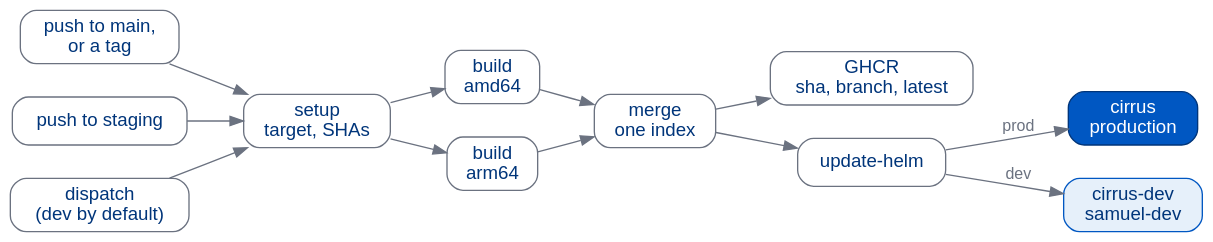
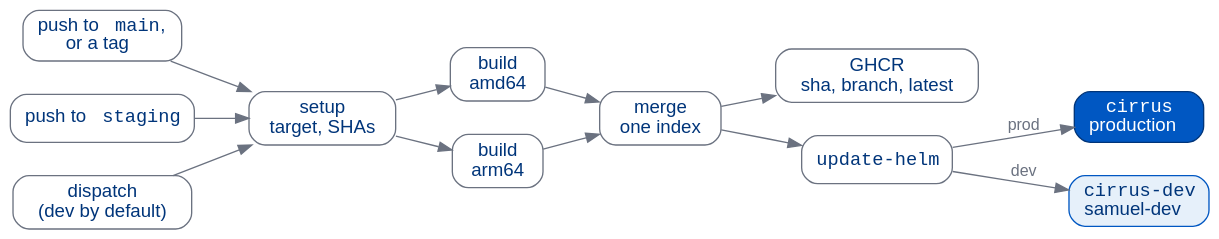
The third of 4 diagrams in docs/presentations/samuel/_5-deployment.qmd (benkirk/sam-queries), drawn with Graphviz before and after one commit. The commit also changed other lines of this file and 63 other files, not shown here.

Commit message:
Staging -> Main (#752)

````diff
--- a/docs/presentations/samuel/_5-deployment.qmd
+++ b/docs/presentations/samuel/_5-deployment.qmd
@@ -194,28 +206,28 @@
 ```{dot}
 //| fig-width: 10
 digraph Publish {
   graph [rankdir=LR, nodesep=0.35, ranksep=0.55, bgcolor="transparent"];
   node  [shape=box, style="rounded,filled", fontname="Helvetica", fontsize=14,
          fillcolor="#FFFFFF", color="#6B7280", fontcolor="#00357A", margin="0.15,0.07"];
   edge  [fontname="Helvetica", fontsize=12, color="#6B7280", fontcolor="#6B7280"];
-  tmain  [label="push to main,\nor a tag"];
-  tstage [label="push to staging"];
+  tmain  [label=<push to&#160;<FONT FACE="Courier">main</FONT>,<BR/>or a tag>];
+  tstage [label=<push to&#160;<FONT FACE="Courier">staging</FONT>>];
   tdisp  [label="dispatch\n(dev by default)"];
   setup  [label="setup\ntarget, SHAs"];
   amd    [label="build\namd64"];
   arm    [label="build\narm64"];
   merge  [label="merge\none index"];
   ghcr   [label="GHCR\nsha, branch, latest"];
-  helm   [label="update-helm"];
-  prod   [label="cirrus\nproduction", fillcolor="#0057C2", color="#00357A",
+  helm   [label=<<FONT FACE="Courier">update-helm</FONT>>];
+  prod   [label=<<FONT FACE="Courier">cirrus</FONT><BR/>production>, fillcolor="#0057C2", color="#00357A",
           fontcolor="#FFFFFF"];
-  dev    [label="cirrus-dev\nsamuel-dev", fillcolor="#E6F0FA", color="#0057C2"];
+  dev    [label=<<FONT FACE="Courier">cirrus-dev</FONT><BR/>samuel-dev>, fillcolor="#E6F0FA", color="#0057C2"];
   {tmain tstage tdisp} -> setup;
   setup -> {amd arm};
   {amd arm} -> merge;
   merge -> ghcr;
   merge -> helm;
   helm -> prod [label="prod"];
   helm -> dev [label="dev"];
 }
 ```
````
